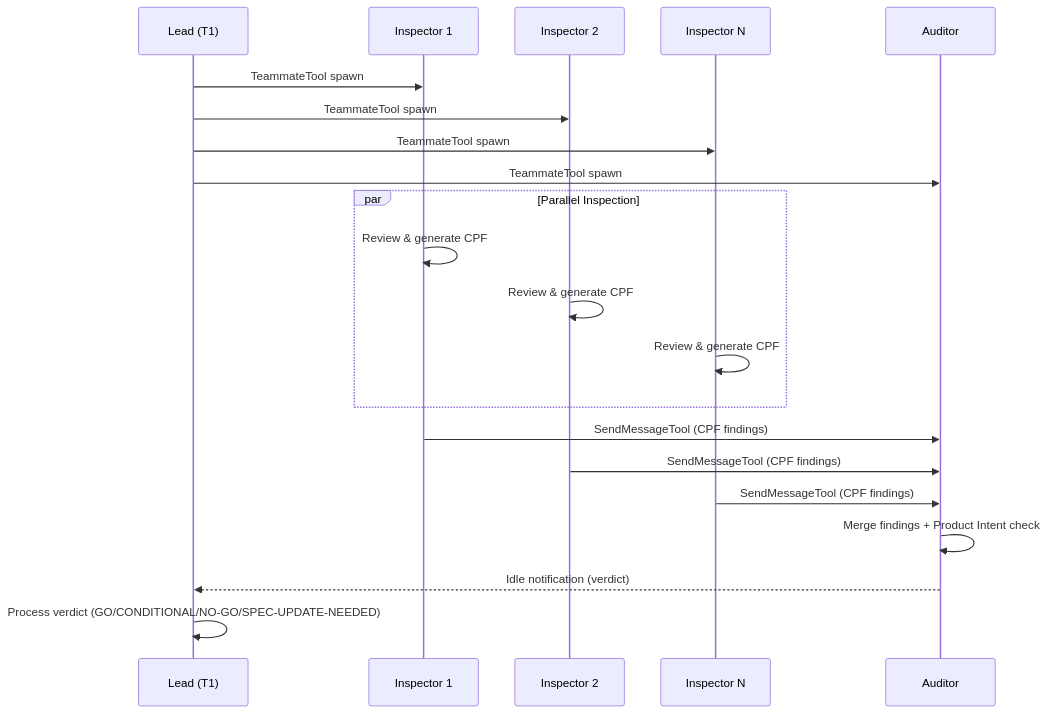
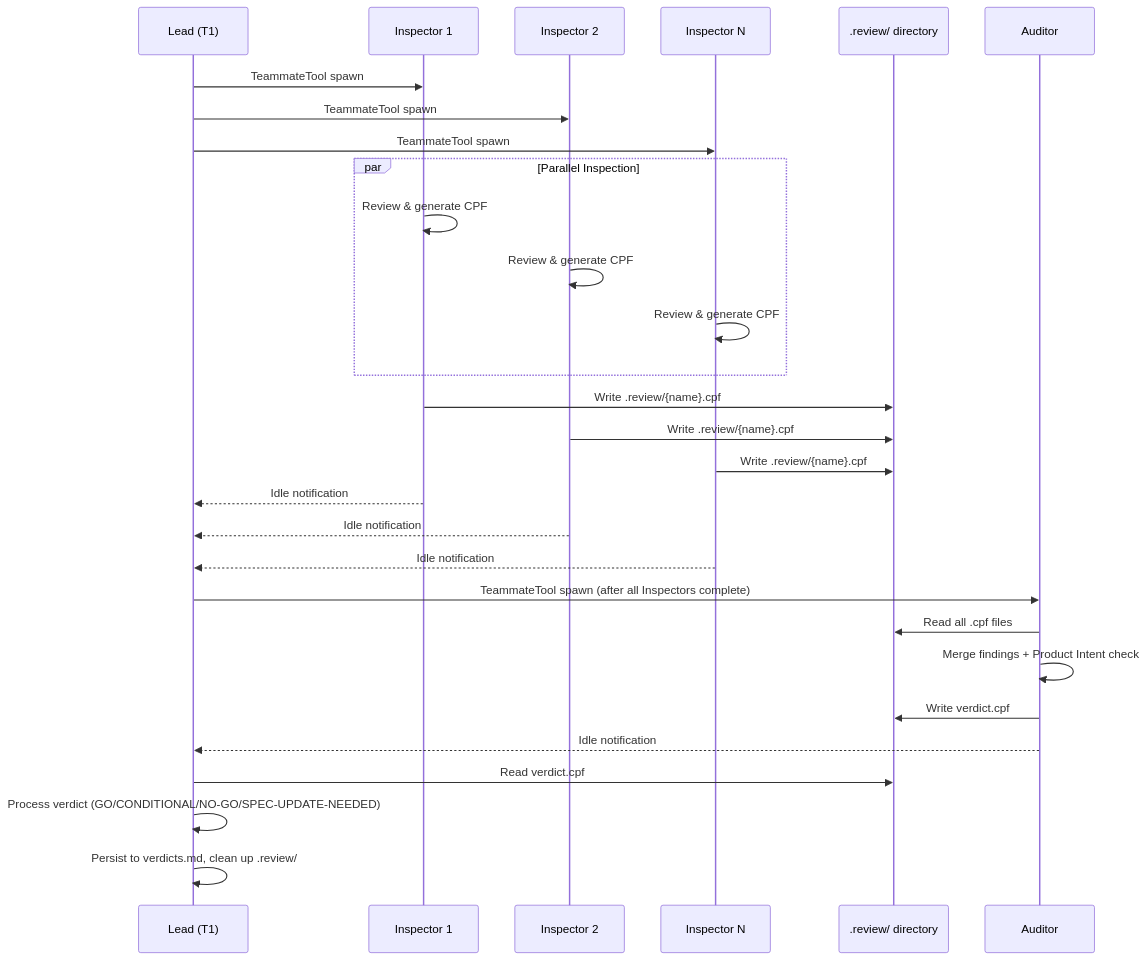
Before and after one commit to sync-dev-org/sync-sdd: the fourth of 4 diagrams in .claude/sdd/project/specs/core-architecture/design.md, drawn with Mermaid. The commit also changed other lines of this file and 32 other files, not shown here.

````diff
--- a/.claude/sdd/project/specs/core-architecture/design.md
+++ b/.claude/sdd/project/specs/core-architecture/design.md
@@ -281,26 +273,35 @@
 ```mermaid
 sequenceDiagram
     participant L as Lead (T1)
     participant I1 as Inspector 1
     participant I2 as Inspector 2
     participant IN as Inspector N
+    participant RD as .review/ directory
     participant A as Auditor
 
     L->>I1: TeammateTool spawn
     L->>I2: TeammateTool spawn
     L->>IN: TeammateTool spawn
-    L->>A: TeammateTool spawn
 
     par Parallel Inspection
         I1->>I1: Review & generate CPF
         I2->>I2: Review & generate CPF
         IN->>IN: Review & generate CPF
     end
 
-    I1->>A: SendMessageTool (CPF findings)
-    I2->>A: SendMessageTool (CPF findings)
-    IN->>A: SendMessageTool (CPF findings)
+    I1->>RD: Write .review/{name}.cpf
+    I2->>RD: Write .review/{name}.cpf
+    IN->>RD: Write .review/{name}.cpf
+    I1-->>L: Idle notification
+    I2-->>L: Idle notification
+    IN-->>L: Idle notification
+
+    L->>A: TeammateTool spawn (after all Inspectors complete)
+    A->>RD: Read all .cpf files
     A->>A: Merge findings + Product Intent check
-    A-->>L: Idle notification (verdict)
+    A->>RD: Write verdict.cpf
+    A-->>L: Idle notification
+    L->>RD: Read verdict.cpf
     L->>L: Process verdict (GO/CONDITIONAL/NO-GO/SPEC-UPDATE-NEEDED)
+    L->>L: Persist to verdicts.md, clean up .review/
 ```
````
